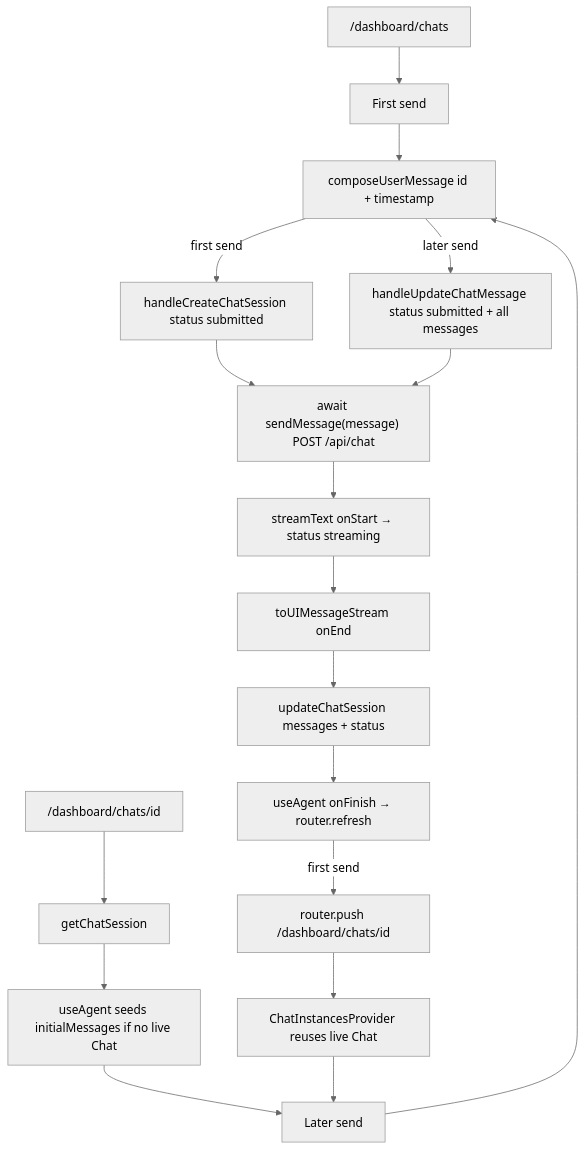
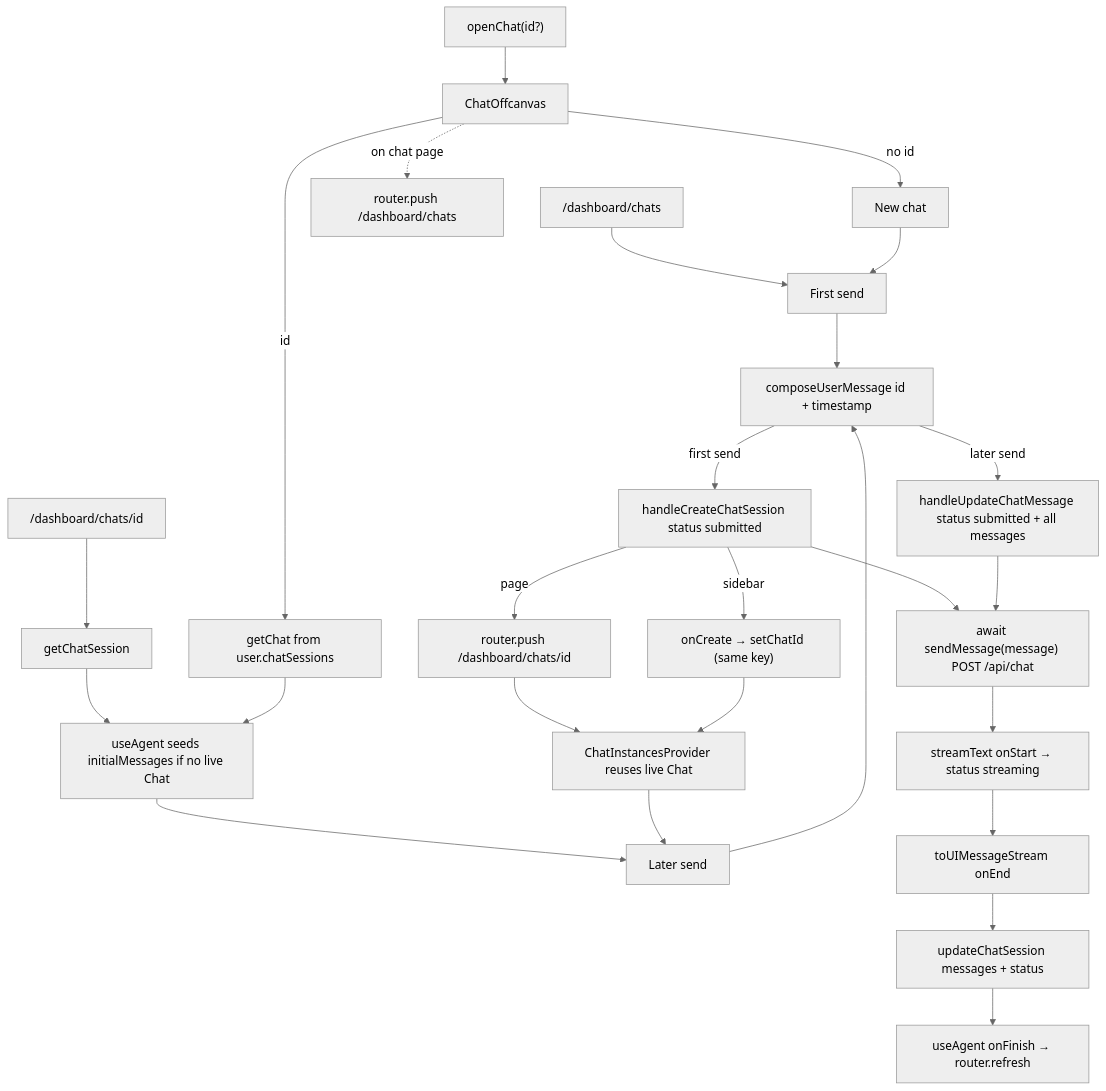
The first of 4 diagrams in docs/chatbot.md (brandon-cercedo/root-next-template), drawn with Mermaid (neutral theme) before and after one commit. The commit also changed other lines of this file and 36 other files, not shown here.

Commit message:
feat(RNT-40): let users keep chatting in a sidebar while using the dashboard (#58)

````diff
--- a/docs/chatbot.md
+++ b/docs/chatbot.md
@@ -50,20 +56,28 @@
 ```mermaid
 flowchart TD
   NewChat["/dashboard/chats"] --> FirstSend["First send"]
   Existing["/dashboard/chats/id"] --> Load["getChatSession"]
   Load --> Seed["useAgent seeds initialMessages if no live Chat"]
+  OpenChat["openChat(id?)"] --> ChatSidebar["ChatOffcanvas"]
+  ChatSidebar -.->|on chat page| Redirect["router.push /dashboard/chats"]
+  ChatSidebar -->|id| SidebarExisting["getChat from user.chatSessions"]
+  ChatSidebar -->|no id| SidebarNew["New chat"]
+  SidebarNew --> FirstSend
+  SidebarExisting --> Seed
   Seed --> LaterSend["Later send"]
   FirstSend --> Compose["composeUserMessage id + timestamp"]
   LaterSend --> Compose
   Compose -->|first send| Create["handleCreateChatSession status submitted"]
   Compose -->|later send| Update["handleUpdateChatMessage status submitted + all messages"]
   Create --> Send["await sendMessage(message) POST /api/chat"]
   Update --> Send
   Send --> OnStart["streamText onStart → status streaming"]
   OnStart --> OnEnd["toUIMessageStream onEnd"]
   OnEnd --> Persist["updateChatSession messages + status"]
   Persist --> Refresh["useAgent onFinish → router.refresh"]
-  Refresh -->|first send| Push["router.push /dashboard/chats/id"]
+  Create -->|page| Push["router.push /dashboard/chats/id"]
+  Create -->|sidebar| OnCreate["onCreate → setChatId (same key)"]
   Push --> Reuse["ChatInstancesProvider reuses live Chat"]
+  OnCreate --> Reuse
   Reuse --> LaterSend
 ```
````
